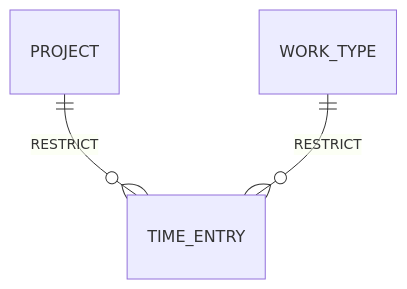
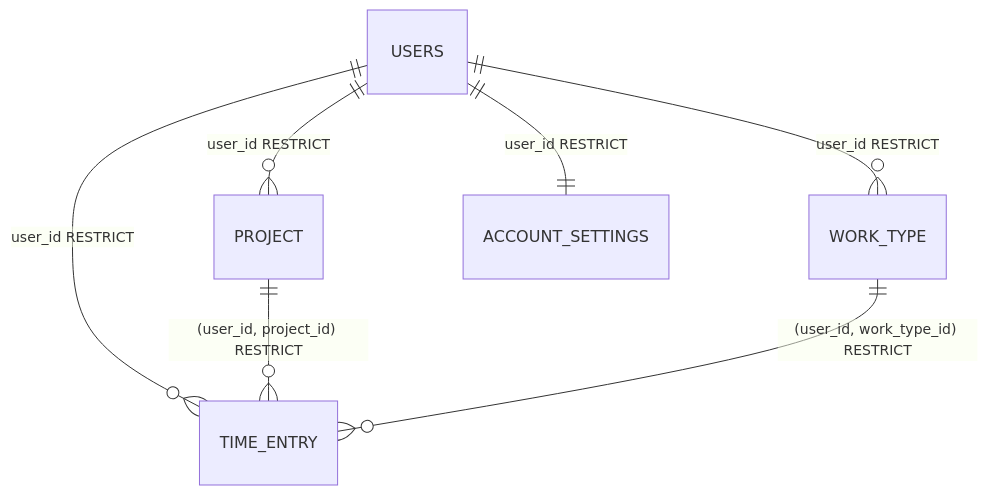
One commit to AgraelPL/rejestr-czasu-bmad changed the third of 3 diagrams in _bmad-output/initiative-rejestr-czasu/architecture-rejestr-czasu/architecture-rejestr-czasu.md. Above: the diagram before and after it, drawn with Mermaid. The commit also changed other lines of this file and 6 other files, not shown here.

````diff
--- a/_bmad-output/initiative-rejestr-czasu/architecture-rejestr-czasu/architecture-rejestr-czasu.md
+++ b/_bmad-output/initiative-rejestr-czasu/architecture-rejestr-czasu/architecture-rejestr-czasu.md
@@ -176,5 +246,9 @@
 ```mermaid
 erDiagram
-  PROJECT ||--o{ TIME_ENTRY : "RESTRICT"
-  WORK_TYPE ||--o{ TIME_ENTRY : "RESTRICT"
+  USERS ||--o{ PROJECT : "user_id RESTRICT"
+  USERS ||--o{ WORK_TYPE : "user_id RESTRICT"
+  USERS ||--o{ TIME_ENTRY : "user_id RESTRICT"
+  USERS ||--|| ACCOUNT_SETTINGS : "user_id RESTRICT"
+  PROJECT ||--o{ TIME_ENTRY : "(user_id, project_id) RESTRICT"
+  WORK_TYPE ||--o{ TIME_ENTRY : "(user_id, work_type_id) RESTRICT"
 ```
````
